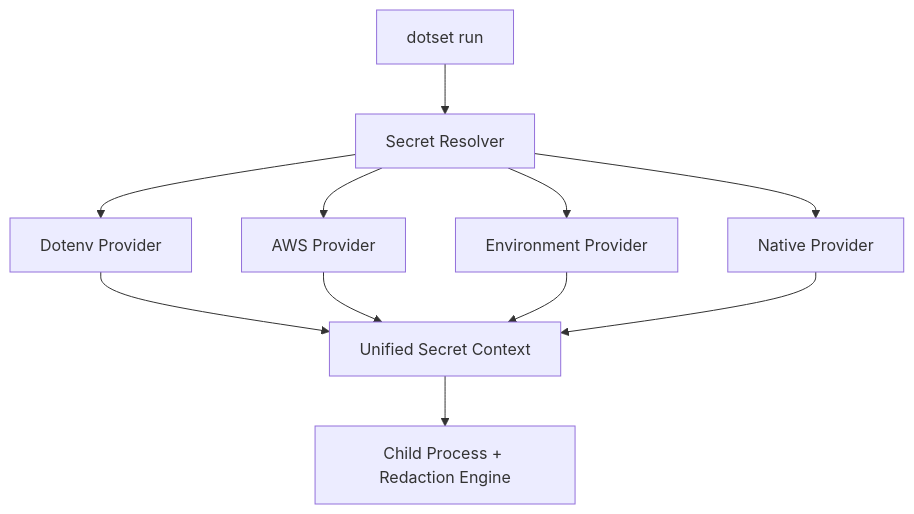
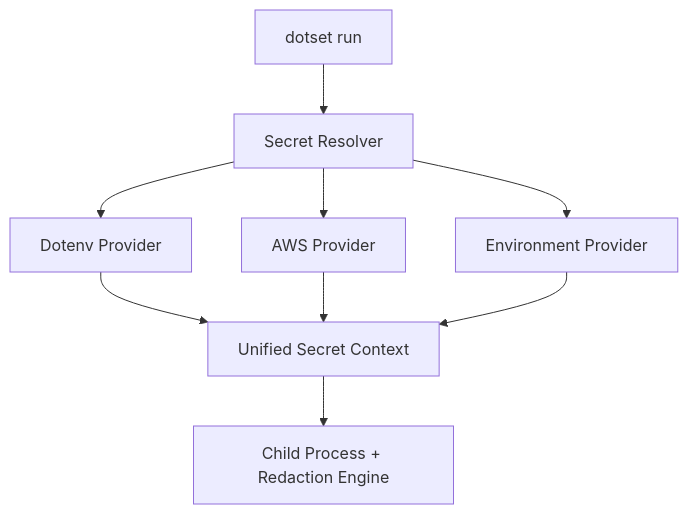
One commit to dotsetlabs/mintlify-docs changed the diagram in concepts/secrets.mdx. Above: the diagram before and after it, drawn with Mermaid. The commit also changed other lines of this file and 16 other files, not shown here.

````diff
--- a/concepts/secrets.mdx
+++ b/concepts/secrets.mdx
@@ -14,13 +14,11 @@
 ```mermaid
 graph TD
     A[dotset run] --> B[Secret Resolver]
     B --> C[Dotenv Provider]
     B --> D[AWS Provider]
     B --> E[Environment Provider]
-    B --> F[Native Provider]
-    C --> G[Unified Secret Context]
-    D --> G
-    E --> G
-    F --> G
-    G --> H[Child Process + Redaction Engine]
+    C --> F[Unified Secret Context]
+    D --> F
+    E --> F
+    F --> G[Child Process + Redaction Engine]
 ```
````
